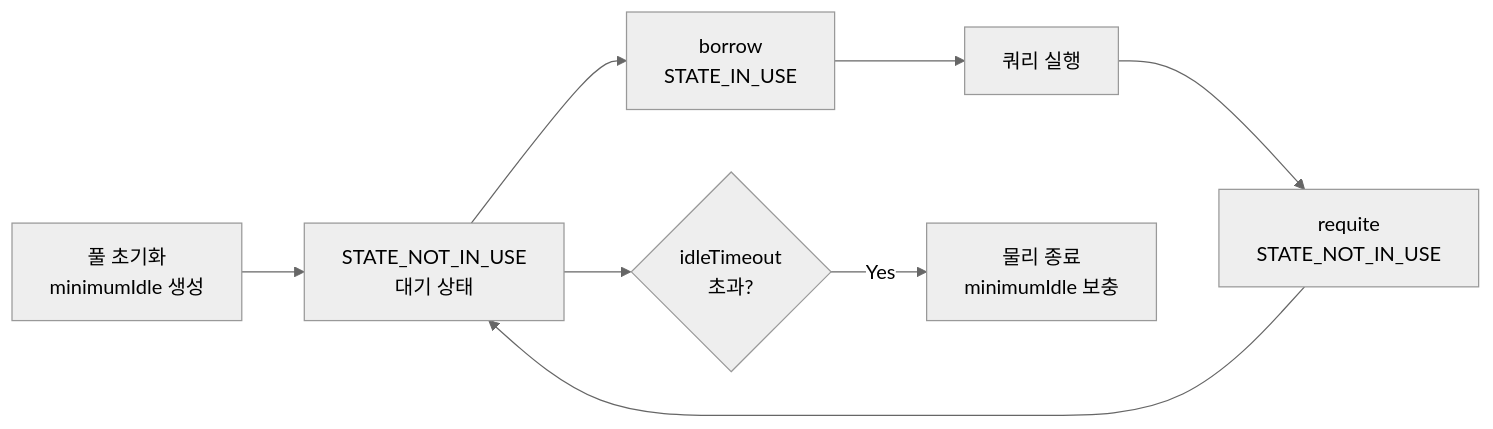
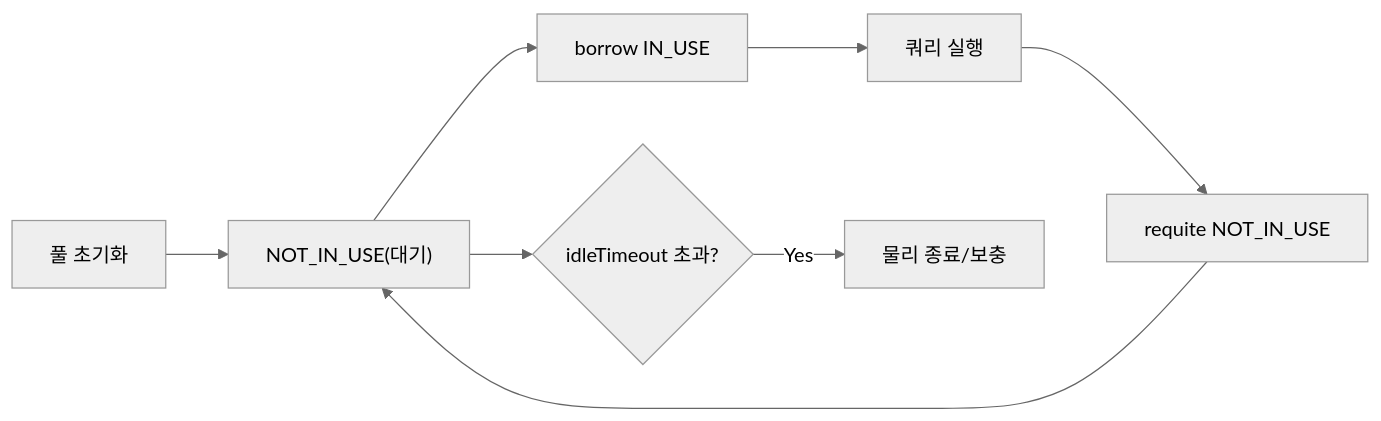
One commit to yjkim2015/yjkim2015.github.io changed the third of 7 diagrams in _posts/db/2026-05-01-db-connection-pool.md. Above: the diagram before and after it, drawn with Mermaid (neutral theme). The commit also changed other lines of this file and 245 other files, not shown here.

First line of the commit message:
Mermaid 다이어그램 전면 수정 + 면접 포인트 접기/펼치기 + DB 데드락 페이지

````diff
--- a/_posts/db/2026-05-01-db-connection-pool.md
+++ b/_posts/db/2026-05-01-db-connection-pool.md
@@ -313,10 +313,10 @@
 ```mermaid
 graph LR
-    A[풀 초기화<br/>minimumIdle 생성] --> B[STATE_NOT_IN_USE<br/>대기 상태]
-    B --> C[borrow<br/>STATE_IN_USE]
-    C --> D[쿼리 실행]
-    D --> E[requite<br/>STATE_NOT_IN_USE]
+    A["풀 초기화"] --> B["NOT_IN_USE(대기)"]
+    B --> C["borrow IN_USE"]
+    C --> D["쿼리 실행"]
+    D --> E["requite NOT_IN_USE"]
     E --> B
-    B --> F{idleTimeout<br/>초과?}
-    F -- Yes --> G[물리 종료<br/>minimumIdle 보충]
+    B --> F{"idleTimeout 초과?"}
+    F -- Yes --> G["물리 종료/보충"]
 ```
````
